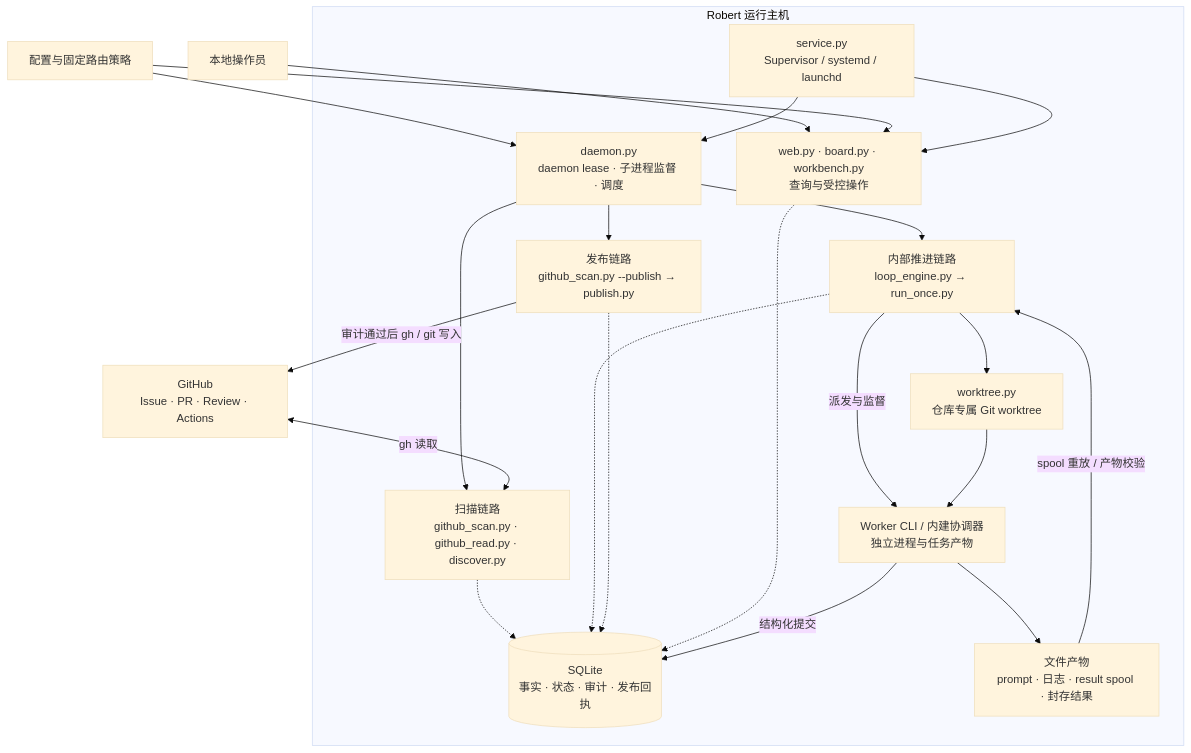
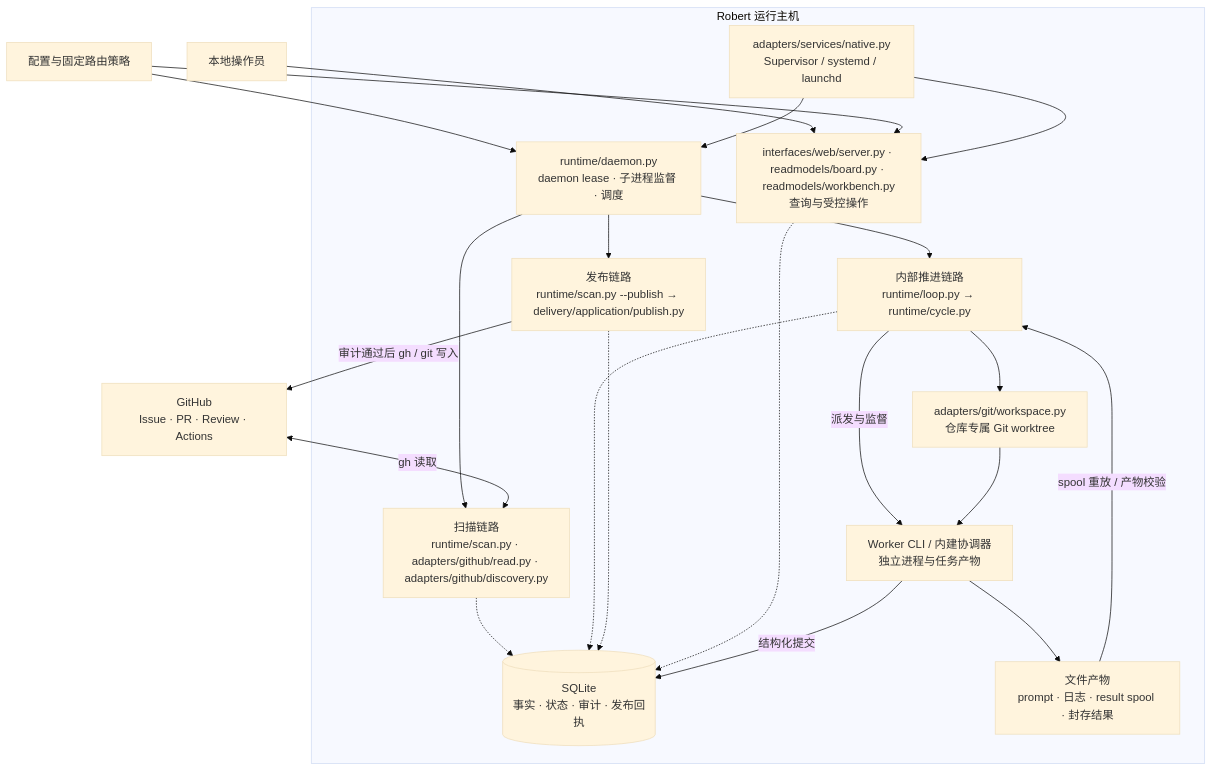
One commit to wklken/Robert changed the first of 10 diagrams in docs/architecture.md. Above: the diagram before and after it, drawn with Mermaid (base theme). The commit also changed other lines of this file and 439 other files, not shown here.

````diff
--- a/docs/architecture.md
+++ b/docs/architecture.md
@@ -82,38 +87,38 @@
 ```mermaid
 flowchart TB
     GitHub["GitHub<br/>Issue · PR · Review · Actions"]
     Human["本地操作员"]
     Config["配置与固定路由策略"]
     subgraph Host["Robert 运行主机"]
-        Service["service.py<br/>Supervisor / systemd / launchd"]
-        Daemon["daemon.py<br/>daemon lease · 子进程监督 · 调度"]
-        Scan["扫描链路<br/>github_scan.py · github_read.py · discover.py"]
-        Local["内部推进链路<br/>loop_engine.py → run_once.py"]
-        Publisher["发布链路<br/>github_scan.py --publish → publish.py"]
-        UI["web.py · board.py · workbench.py<br/>查询与受控操作"]
+        Service["adapters/services/native.py<br/>Supervisor / systemd / launchd"]
+        Daemon["runtime/daemon.py<br/>daemon lease · 子进程监督 · 调度"]
+        Scan["扫描链路<br/>runtime/scan.py · adapters/github/read.py · adapters/github/discovery.py"]
+        Local["内部推进链路<br/>runtime/loop.py → runtime/cycle.py"]
+        Publisher["发布链路<br/>runtime/scan.py --publish → delivery/application/publish.py"]
+        UI["interfaces/web/server.py · readmodels/board.py · readmodels/workbench.py<br/>查询与受控操作"]
         Worker["Worker CLI / 内建协调器<br/>独立进程与任务产物"]
-        Workspace["worktree.py<br/>仓库专属 Git worktree"]
+        Workspace["adapters/git/workspace.py<br/>仓库专属 Git worktree"]
         DB[("SQLite<br/>事实 · 状态 · 审计 · 发布回执")]
         Files["文件产物<br/>prompt · 日志 · result spool · 封存结果"]
     end
     Human --> UI
     Config --> Daemon
     Config --> UI
     Service --> Daemon
     Service --> UI
     Daemon --> Scan
     Daemon --> Local
     Daemon --> Publisher
     GitHub <-->|"gh 读取"| Scan
     Publisher -->|"审计通过后 gh / git 写入"| GitHub
     Local --> Workspace
     Local -->|"派发与监督"| Worker
     Workspace --> Worker
     Scan -.-> DB
     Local -.-> DB
     Publisher -.-> DB
     UI -.-> DB
     Worker -->|"结构化提交"| DB
     Worker --> Files
     Files -->|"spool 重放 / 产物校验"| Local
 ```
````
